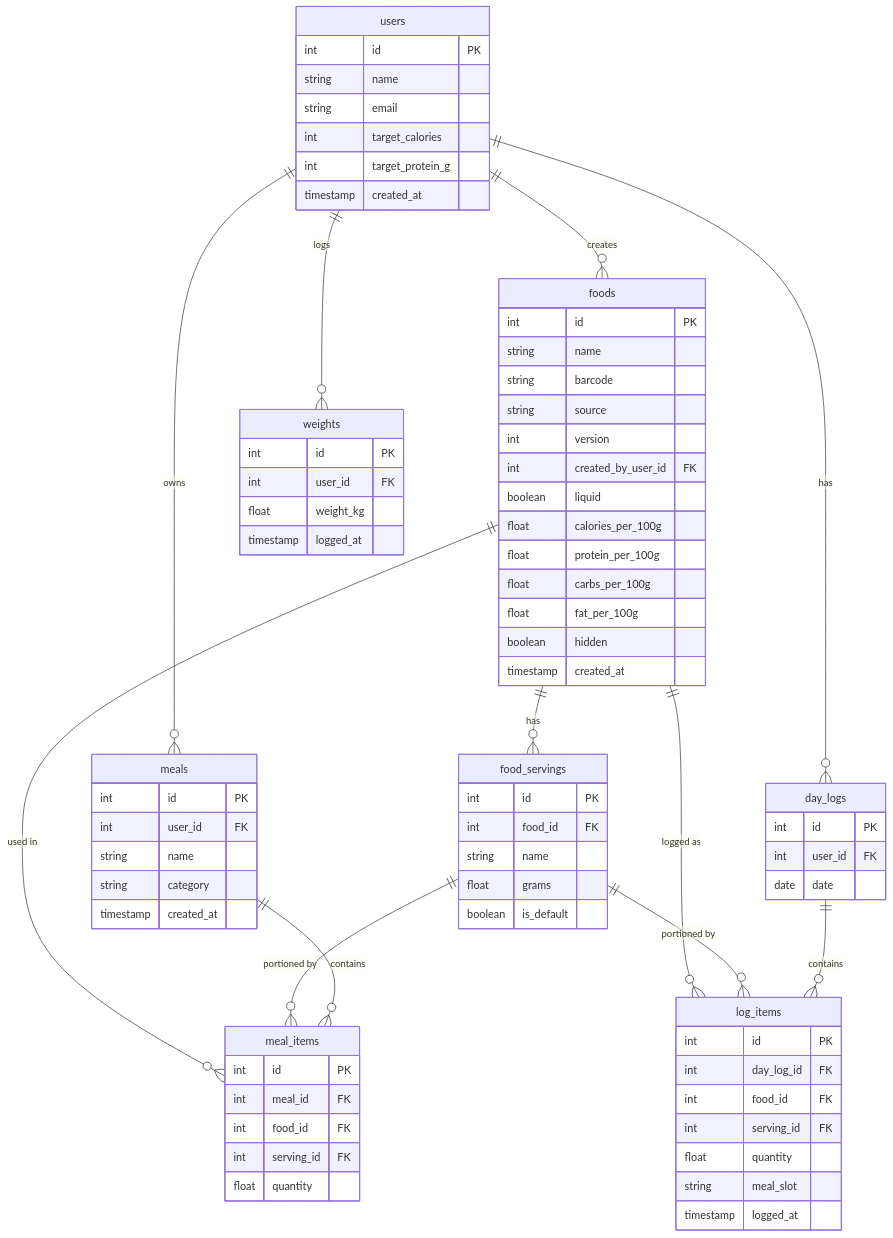
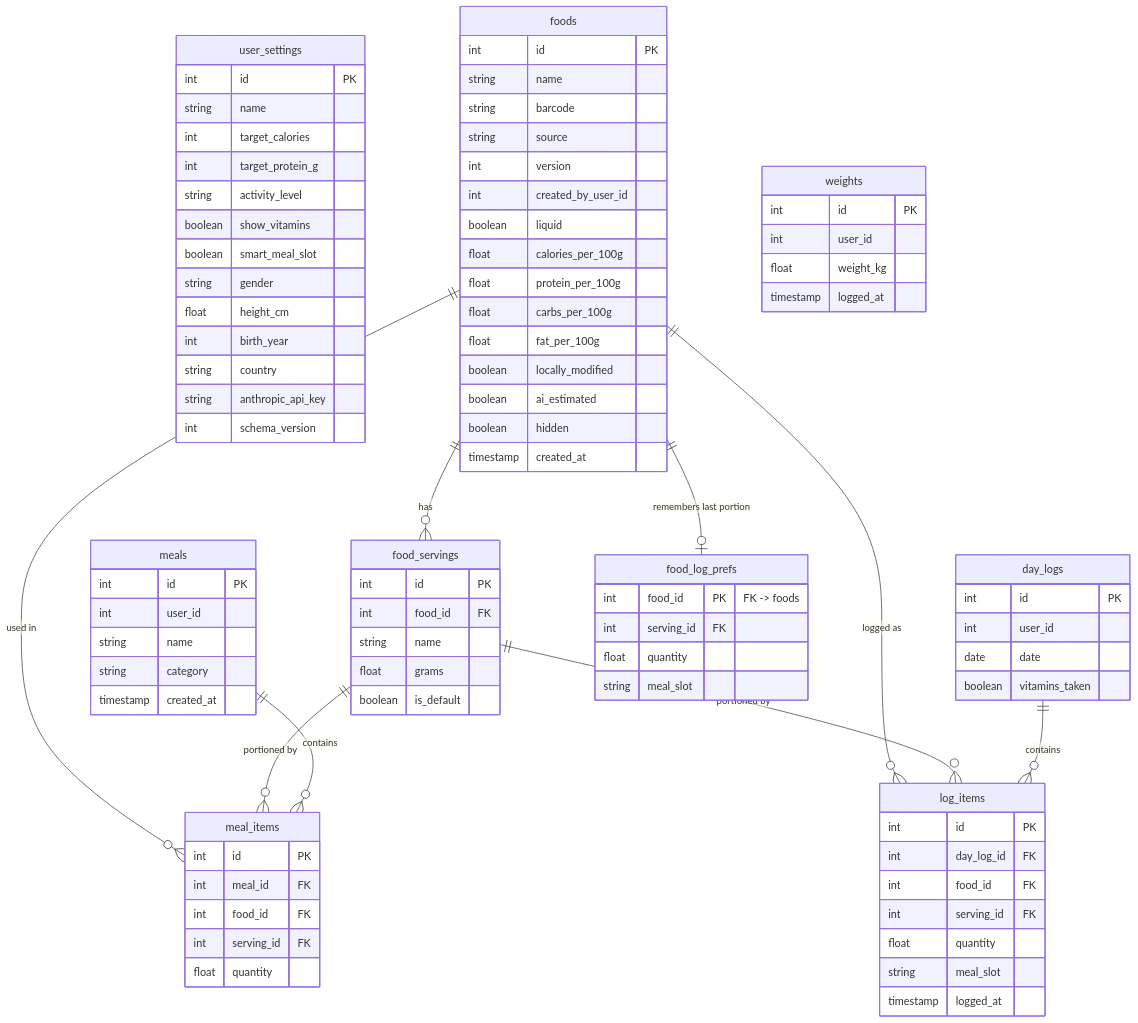
One commit to Kevintrf/MyFoodHabits changed the diagram in database/schema.md. Above: the diagram before and after it, drawn with Mermaid. The commit also changed other lines of this file and 12 other files, not shown here.

Commit message:
docs: sync all docs with the current serverless/SQLite architecture

````diff
--- a/database/schema.md
+++ b/database/schema.md
@@ -5,12 +9,19 @@
 ```mermaid
 erDiagram
-    users {
+    user_settings {
         int id PK
         string name
-        string email
         int target_calories
         int target_protein_g
-        timestamp created_at
+        string activity_level
+        boolean show_vitamins
+        boolean smart_meal_slot
+        string gender
+        float height_cm
+        int birth_year
+        string country
+        string anthropic_api_key
+        int schema_version
     }
 
     foods {
@@ -19,12 +30,14 @@
         string barcode
         string source
         int version
-        int created_by_user_id FK
+        int created_by_user_id
         boolean liquid
         float calories_per_100g
         float protein_per_100g
         float carbs_per_100g
         float fat_per_100g
+        boolean locally_modified
+        boolean ai_estimated
         boolean hidden
         timestamp created_at
     }
@@ -39,7 +52,7 @@
 
     meals {
         int id PK
-        int user_id FK
+        int user_id
         string name
         string category
         timestamp created_at
@@ -55,8 +68,9 @@
 
     day_logs {
         int id PK
-        int user_id FK
+        int user_id
         date date
+        boolean vitamins_taken
     }
 
     log_items {
@@ -71,18 +85,22 @@
 
     weights {
         int id PK
-        int user_id FK
+        int user_id
         float weight_kg
         timestamp logged_at
     }
 
-    users ||--o{ foods : "creates"
-    users ||--o{ meals : "owns"
-    users ||--o{ day_logs : "has"
-    users ||--o{ weights : "logs"
+    food_log_prefs {
+        int food_id PK "FK -> foods"
+        int serving_id FK
+        float quantity
+        string meal_slot
+    }
+
     foods ||--o{ food_servings : "has"
     foods ||--o{ meal_items : "used in"
     foods ||--o{ log_items : "logged as"
+    foods ||--o| food_log_prefs : "remembers last portion"
     food_servings ||--o{ meal_items : "portioned by"
     food_servings ||--o{ log_items : "portioned by"
     meals ||--o{ meal_items : "contains"
````
